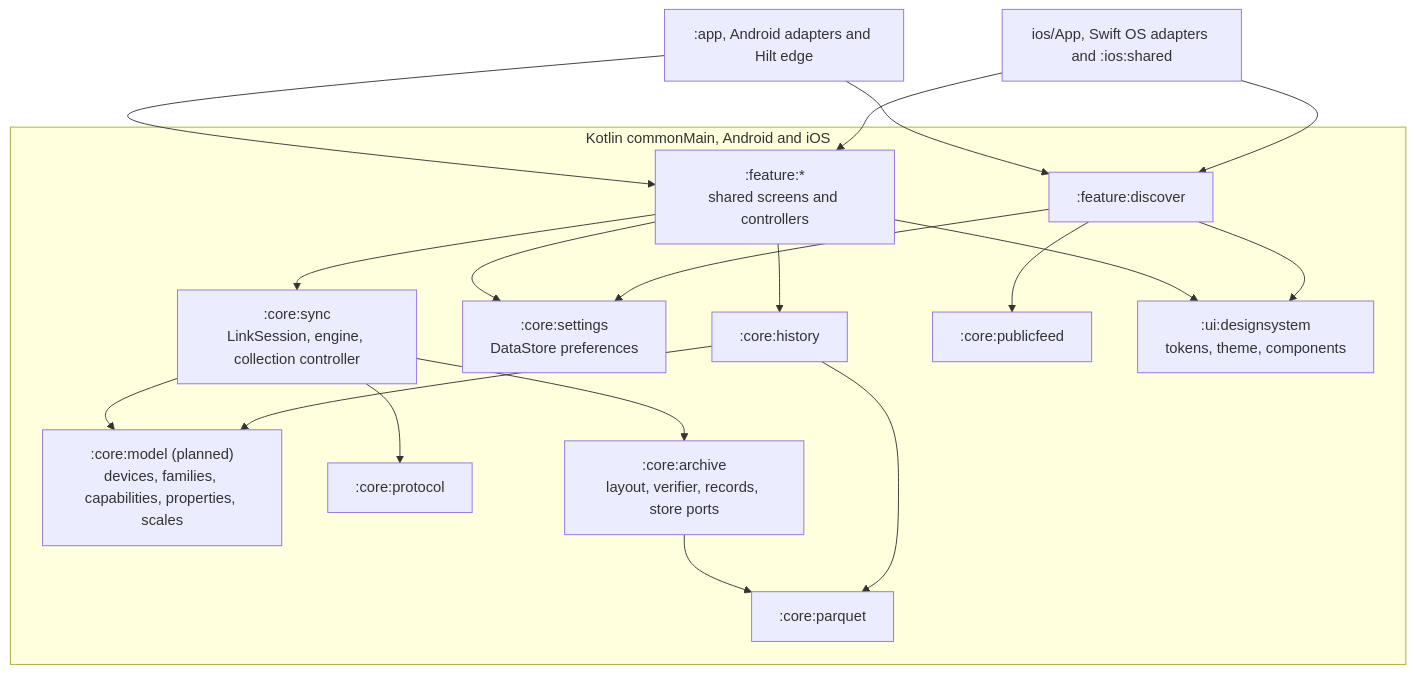
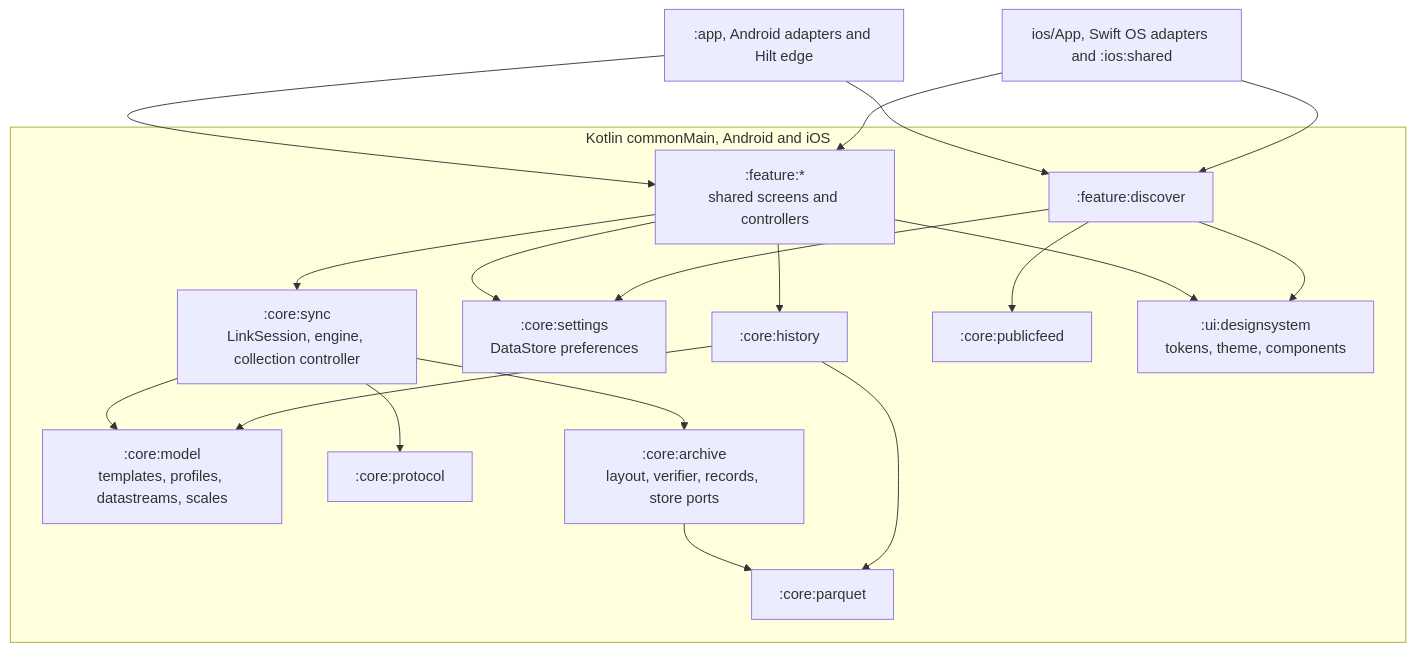
One commit to walkthru-earth/opensensor-space-mobile changed the second of 3 diagrams in docs/architecture.md. Above: the diagram before and after it, drawn with Mermaid. The commit also changed other lines of this file and 17 other files, not shown here.

First line of the commit message:
Add a shared core model for board templates, app profiles and stations (#195)

````diff
--- a/docs/architecture.md
+++ b/docs/architecture.md
@@ -88,25 +90,25 @@
 ```mermaid
 flowchart TB
   subgraph shared["Kotlin commonMain, Android and iOS"]
-    MO[":core:model (planned)<br/>devices, families, capabilities, properties, scales"]
+    MO[":core:model<br/>templates, profiles, datastreams, scales"]
     PR2[":core:protocol"]
     SY[":core:sync<br/>LinkSession, engine, collection controller"]
     AR[":core:archive<br/>layout, verifier, records, store ports"]
     ST[":core:settings<br/>DataStore preferences"]
     PQ2[":core:parquet"]
     HI2[":core:history"]
     PF[":core:publicfeed"]
     DS[":ui:designsystem<br/>tokens, theme, components"]
     FE[":feature:*<br/>shared screens and controllers"]
     DI[":feature:discover"]
   end
   APP2[":app, Android adapters and Hilt edge"]
   IOS2["ios/App, Swift OS adapters and :ios:shared"]
   SY --> PR2 & AR & MO
   AR --> PQ2
   HI2 --> PQ2 & MO
   FE --> SY & ST & HI2 & DS
   DI --> PF & DS & ST
   APP2 --> FE & DI
   IOS2 --> FE & DI
 ```
````
